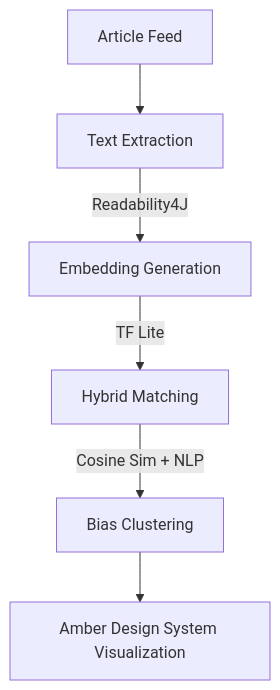
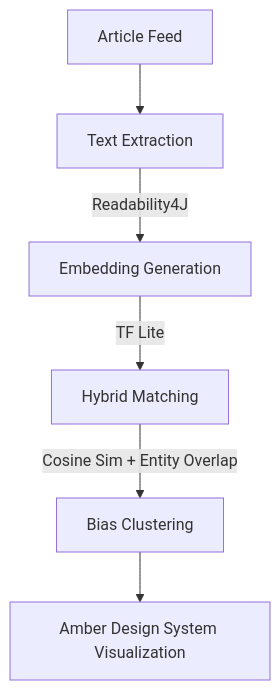
Before and after one commit to lweiss01/news-thread: the diagram in README.md, drawn with Mermaid. The commit also changed other lines of this file and 1 other file, not shown here.

````diff
--- a/README.md
+++ b/README.md
@@ -199,8 +205,8 @@
 ```mermaid
 graph TD
     A[Article Feed] --> B[Text Extraction]
     B -->|Readability4J| C[Embedding Generation]
     C -->|TF Lite| D[Hybrid Matching]
-    D -->|Cosine Sim + NLP| E[Bias Clustering]
+    D -->|Cosine Sim + Entity Overlap| E[Bias Clustering]
     E --> F[Amber Design System Visualization]
 ```
````
